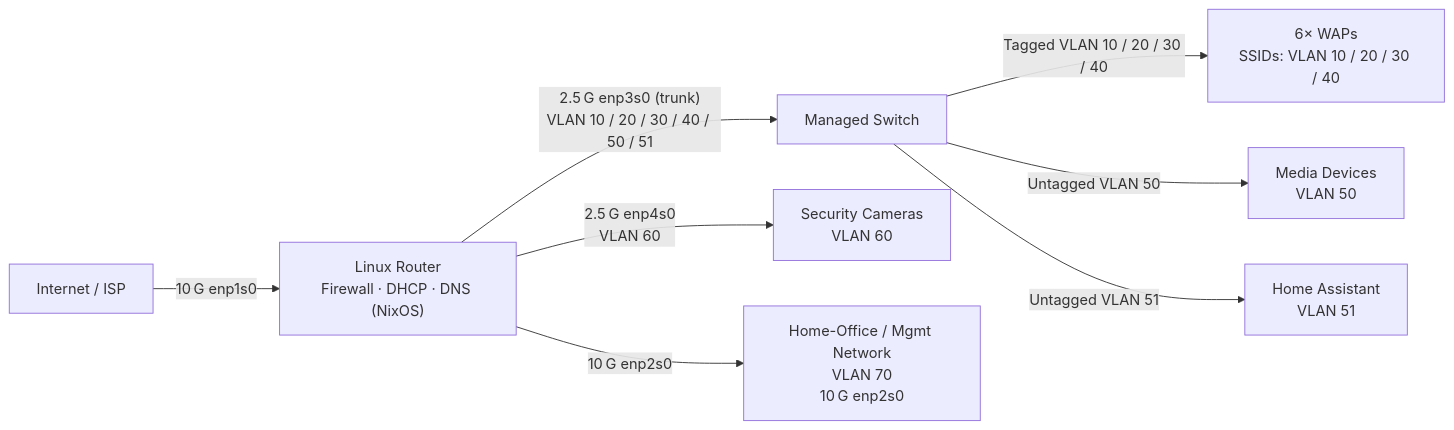
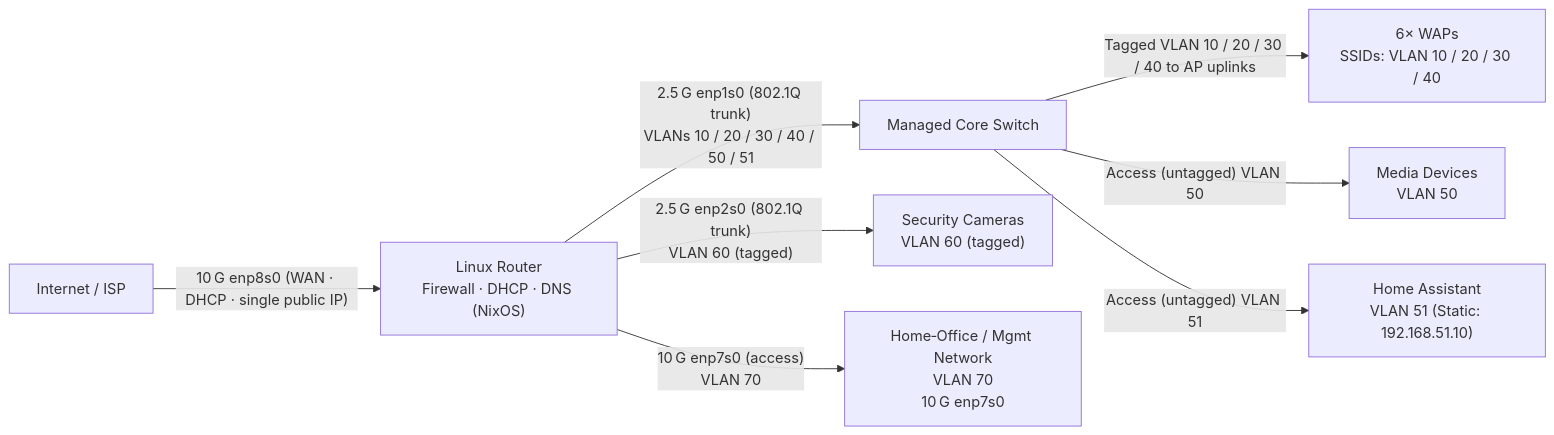
One commit to GEMISIS/home-network-setup changed the diagram in ARCH.md. Above: the diagram before and after it, drawn with Mermaid. The commit also changed other lines of this file, not shown here.

````diff
--- a/ARCH.md
+++ b/ARCH.md
@@ -27,23 +26,24 @@
 ```mermaid
 flowchart LR
     %% ── Nodes ────────────────────────────────────────────────
     ISP["Internet / ISP"]
     Router["Linux Router<br/>Firewall · DHCP · DNS (NixOS)"]
-    SwitchNode["Managed Switch"]
+    SwitchNode["Managed Core Switch"]
     WAPs["6× WAPs<br/>SSIDs: VLAN 10 / 20 / 30 / 40"]
     Media["Media Devices<br/>VLAN 50"]
-    HA["Home Assistant<br/>VLAN 51"]
-    Cameras["Security Cameras<br/>VLAN 60"]
-    HomeOffice["Home-Office / Mgmt Network<br/>VLAN 70<br/>10 G enp2s0"]
+    HA["Home Assistant<br/>VLAN 51 (Static: 192.168.51.10)"]
+    Cameras["Security Cameras<br/>VLAN 60 (tagged)"]
+    HomeOffice["Home‑Office / Mgmt Network<br/>VLAN 70<br/>10 G enp7s0"]
 
-    %% ── Links ────────────────────────────────────────────────
-    ISP -->|"10 G enp1s0"| Router
+    %% ── Links (corrected NIC mapping) ────────────────────────
+    ISP -->|"10 G enp8s0 (WAN · DHCP · single public IP)"| Router
 
-    Router -->|"2.5 G enp3s0 (trunk)<br/>VLAN 10 / 20 / 30 / 40 / 50 / 51"| SwitchNode
-    Router -->|"2.5 G enp4s0<br/>VLAN 60"| Cameras
-    Router -->|"10 G enp2s0"| HomeOffice
+    Router -->|"2.5 G enp1s0 (802.1Q trunk)<br/>VLANs 10 / 20 / 30 / 40 / 50 / 51"| SwitchNode
+    Router -->|"2.5 G enp2s0 (802.1Q trunk)<br/>VLAN 60 (tagged)"| Cameras
+    Router -->|"10 G enp7s0 (access)<br/>VLAN 70"| HomeOffice
 
-    SwitchNode -->|"Tagged VLAN 10 / 20 / 30 / 40"| WAPs
-    SwitchNode -->|"Untagged VLAN 50"| Media
-    SwitchNode -->|"Untagged VLAN 51"| HA
+    %% ── Access on the core switch ────────────────────────────
+    SwitchNode -->|"Tagged VLAN 10 / 20 / 30 / 40 to AP uplinks"| WAPs
+    SwitchNode -->|"Access (untagged) VLAN 50"| Media
+    SwitchNode -->|"Access (untagged) VLAN 51"| HA
 ```
````
